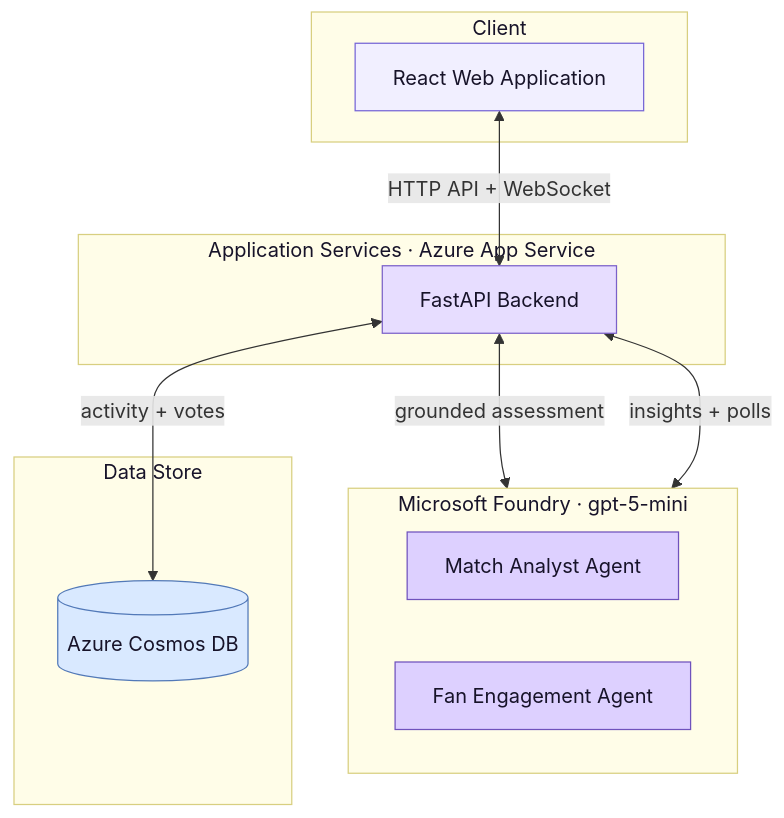
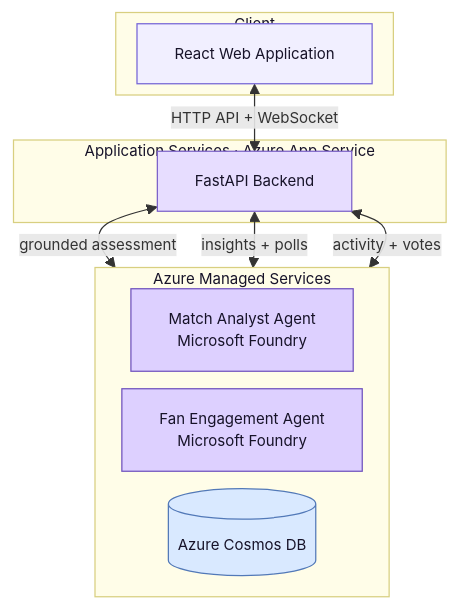
The first of 4 diagrams in README.md (rriviere/fanpulse), drawn with Mermaid before and after one commit.

Commit message:
docs: compact the component architecture

````diff
--- a/README.md
+++ b/README.md
@@ -28,38 +28,35 @@
 ```mermaid
+%%{init: {"flowchart": {"nodeSpacing": 14, "rankSpacing": 18, "diagramPadding": 2}, "themeVariables": {"fontSize": "12px"}}}%%
 flowchart TB
     subgraph Client["Client"]
         WEB["React Web Application"]
     end
 
     subgraph Application["Application Services · Azure App Service"]
         API["FastAPI Backend"]
     end
 
-    subgraph Foundry["Microsoft Foundry · gpt-5-mini"]
+    subgraph Azure["Azure Managed Services"]
         direction LR
-        ANALYST["Match Analyst Agent"]
-        ENGAGEMENT["Fan Engagement Agent"]
-    end
-
-    subgraph Data["Data Store"]
+        ANALYST["Match Analyst Agent<br/>Microsoft Foundry"]
+        ENGAGEMENT["Fan Engagement Agent<br/>Microsoft Foundry"]
         COSMOS[("Azure Cosmos DB")]
     end
 
     WEB <-->|"HTTP API + WebSocket"| API
     API <-->|"grounded assessment"| ANALYST
     API <-->|"insights + polls"| ENGAGEMENT
     API <-->|"activity + votes"| COSMOS
 
     classDef client fill:#f1efff,stroke:#7565d6,color:#171329,stroke-width:1px;
     classDef service fill:#e7ddff,stroke:#7b61c9,color:#171329,stroke-width:1px;
     classDef agent fill:#ddd0ff,stroke:#6f52bd,color:#171329,stroke-width:1px;
     classDef database fill:#d9e9ff,stroke:#5279b8,color:#171329,stroke-width:1px;
     class WEB client;
     class API service;
     class ANALYST,ENGAGEMENT agent;
     class COSMOS database;
     style Client fill:#fffde8,stroke:#d8cf80,color:#171329
     style Application fill:#fffde8,stroke:#d8cf80,color:#171329
-    style Foundry fill:#fffde8,stroke:#d8cf80,color:#171329
-    style Data fill:#fffde8,stroke:#d8cf80,color:#171329
+    style Azure fill:#fffde8,stroke:#d8cf80,color:#171329
 ```
````
